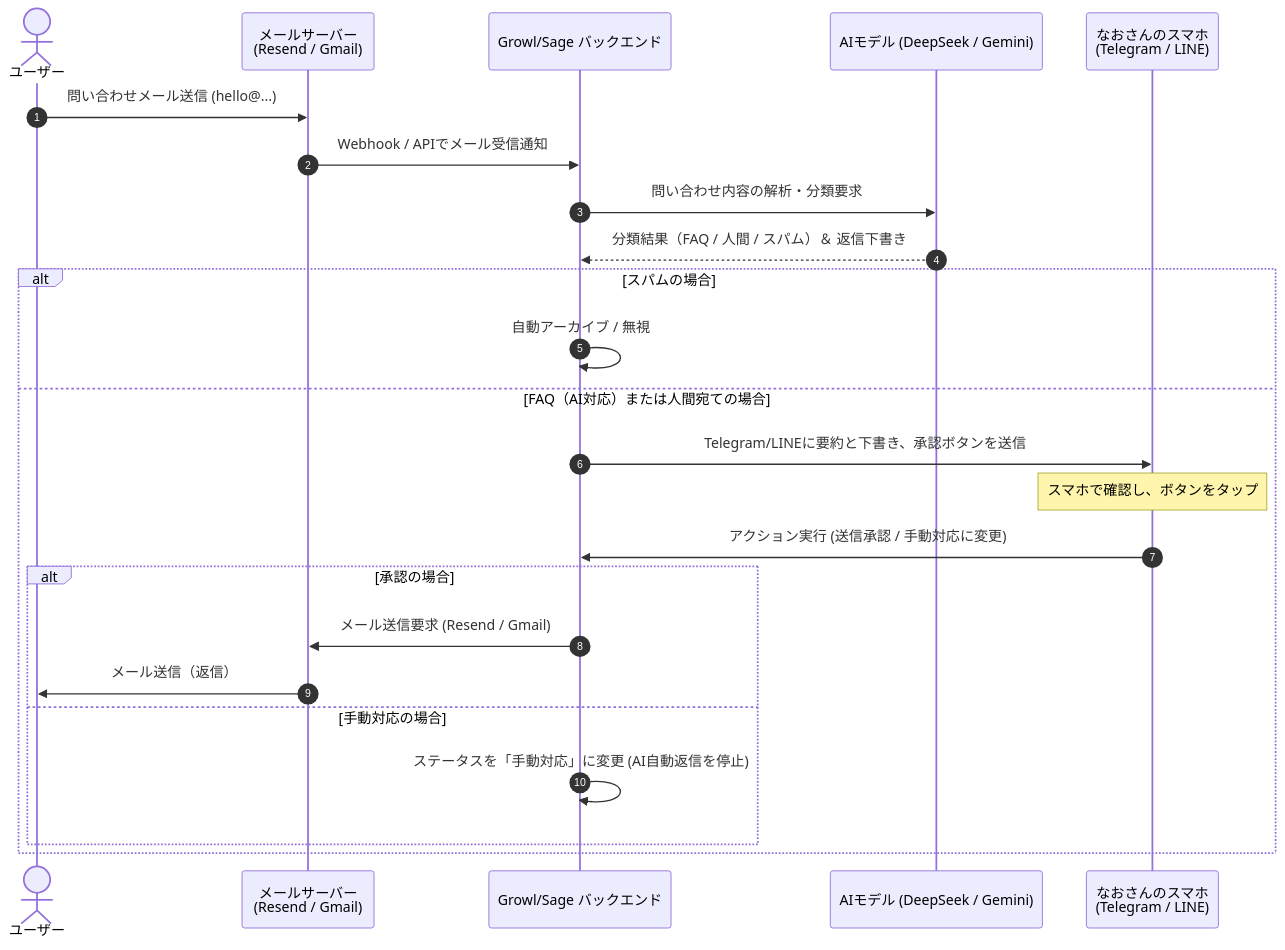
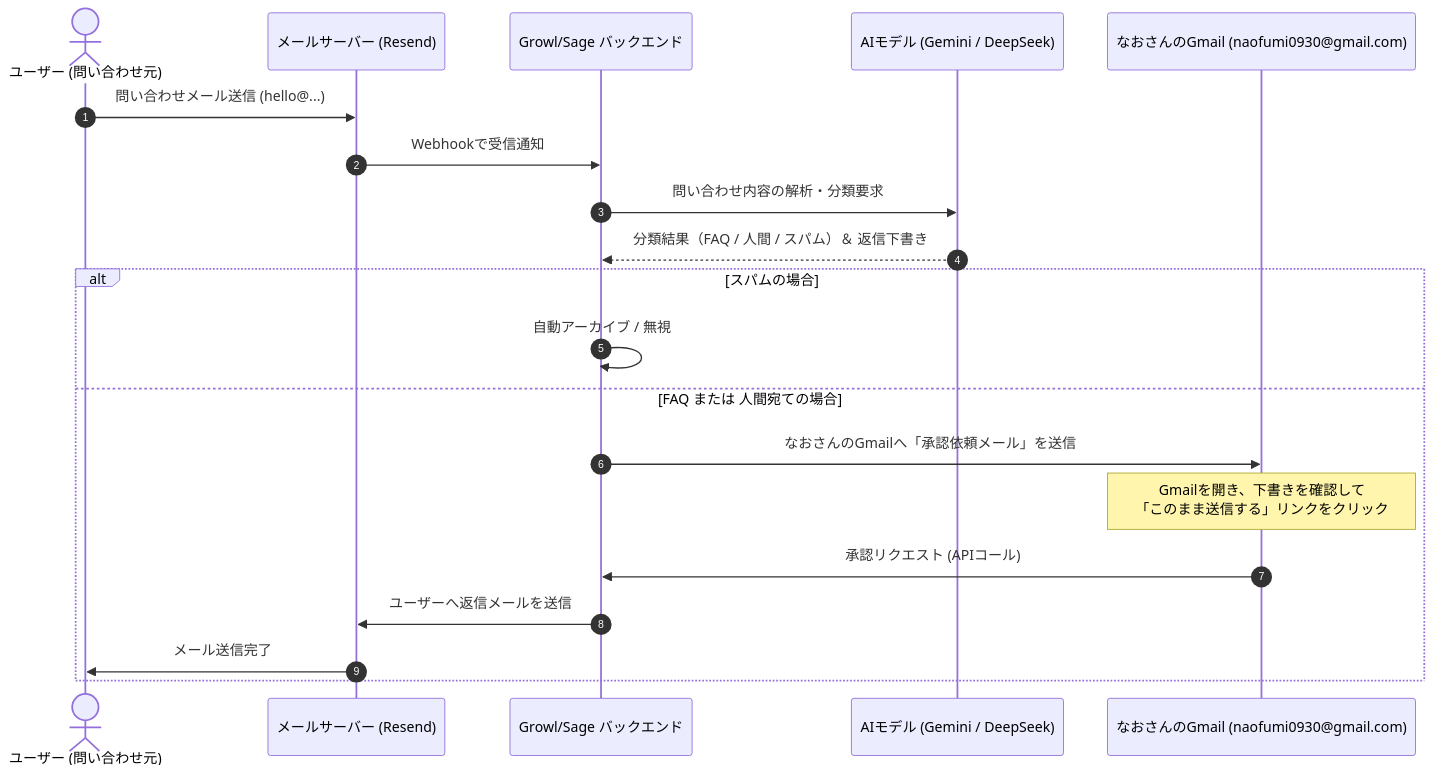
The diagram in docs/roadmap/support-ai-design.md (naoanao/sage-official-site), drawn with Mermaid before and after one commit. The commit also changed other lines of this file and 7 other files, not shown here.

Commit message:
feat: implement Gmail-based Support AI flow and fix productize execute test

````diff
--- a/docs/roadmap/support-ai-design.md
+++ b/docs/roadmap/support-ai-design.md
@@ -20,27 +21,23 @@
 ```mermaid
 sequenceDiagram
     autonumber
-    actor Customer as ユーザー
-    participant MX as メールサーバー<br/>(Resend / Gmail)
+    actor Customer as ユーザー (問い合わせ元)
+    participant MX as メールサーバー (Resend)
     participant APP as Growl/Sage バックエンド
-    participant LLM as AIモデル (DeepSeek / Gemini)
-    participant Nao as なおさんのスマホ<br/>(Telegram / LINE)
+    participant LLM as AIモデル (Gemini / DeepSeek)
+    participant Nao as なおさんのGmail (naofumi0930@gmail.com)
 
     Customer->>MX: 問い合わせメール送信 (hello@...)
-    MX->>APP: Webhook / APIでメール受信通知
+    MX->>APP: Webhookで受信通知
     APP->>LLM: 問い合わせ内容の解析・分類要求
     LLM-->>APP: 分類結果（FAQ / 人間 / スパム）＆ 返信下書き
     alt スパムの場合
         APP->>APP: 自動アーカイブ / 無視
-    else FAQ（AI対応）または人間宛ての場合
-        APP->>Nao: Telegram/LINEに要約と下書き、承認ボタンを送信
-        Note over Nao: スマホで確認し、ボタンをタップ
-        Nao->>APP: アクション実行 (送信承認 / 手動対応に変更)
-        alt 承認の場合
-            APP->>MX: メール送信要求 (Resend / Gmail)
-            MX->>Customer: メール送信（返信）
-        else 手動対応の場合
-            APP->>APP: ステータスを「手動対応」に変更 (AI自動返信を停止)
-        end
+    else FAQ または 人間宛ての場合
+        APP->>Nao: なおさんのGmailへ「承認依頼メール」を送信
+        Note over Nao: Gmailを開き、下書きを確認して<br/>「このまま送信する」リンクをクリック
+        Nao->>APP: 承認リクエスト (APIコール)
+        APP->>MX: ユーザーへ返信メールを送信
+        MX->>Customer: メール送信完了
     end
 ```
````
